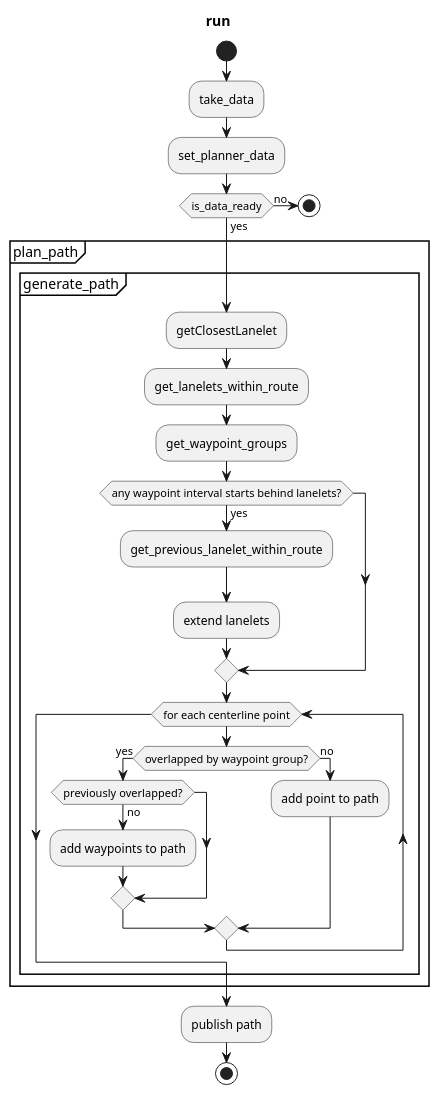
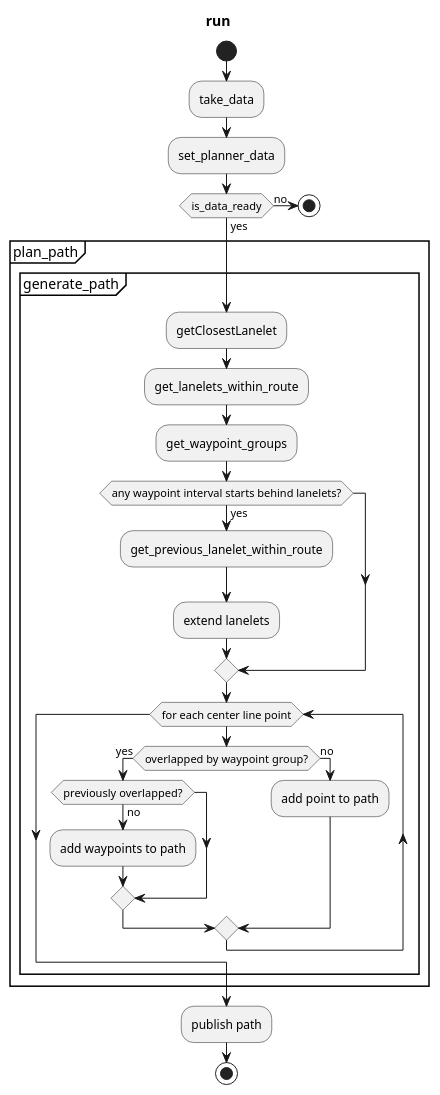
Before and after one commit to autowarefoundation/autoware.core: the diagram in planning/autoware_path_generator/README.md, drawn with PlantUML. The commit also changed other lines of this file, not shown here.

````diff
--- a/planning/autoware_path_generator/README.md
+++ b/planning/autoware_path_generator/README.md
@@ -21,39 +21,39 @@
 ```plantuml
 @startuml
 title run
 start
 
 :take_data;
 :set_planner_data;
 if (is_data_ready) then (yes)
 else (no)
   stop
 endif
 
 group plan_path
   group generate_path
     :getClosestLanelet;
     :get_lanelets_within_route;
     :get_waypoint_groups;
     if (any waypoint interval starts behind lanelets?) then (yes)
       :get_previous_lanelet_within_route;
       :extend lanelets;
     endif
-    while (for each centerline point)
+    while (for each center line point)
       if (overlapped by waypoint group?) then (yes)
         if (previously overlapped?) then
         else (no)
           :add waypoints to path;
         endif
       else (no)
         :add point to path;
       endif
     endwhile
   end group
 end group
 
 :publish path;
 
 stop
 @enduml
 ```
````
